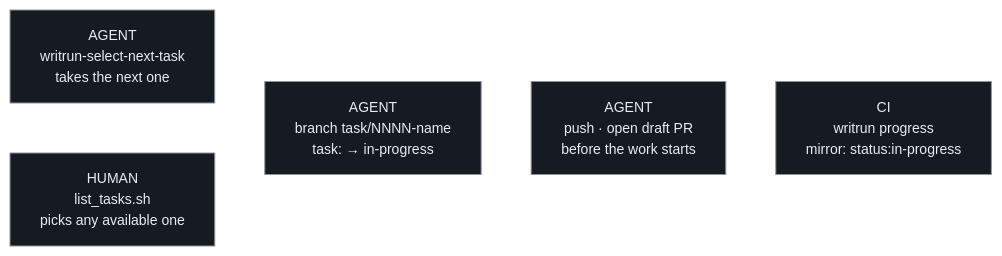
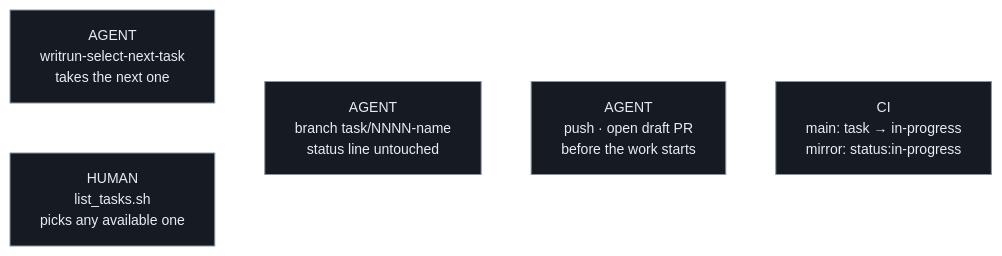
Before and after one commit to thomasfranke/writrun: the diagram in docs/product/pull-requests/taking.md, drawn with Mermaid. The commit also changed other lines of this file and 20 other files, not shown here.

````diff
--- a/docs/product/pull-requests/taking.md
+++ b/docs/product/pull-requests/taking.md
@@ -34,12 +35,12 @@
 ```mermaid
 %%{init: {'theme':'base','themeVariables':{'background':'#0d1117','primaryColor':'#161b22','primaryTextColor':'#e6edf3','primaryBorderColor':'#8b949e','lineColor':'#ffffff','secondaryColor':'#161b22','tertiaryColor':'#161b22','fontSize':'14px'}}}%%
 flowchart LR
     A1["AGENT<br/>writrun-select-next-task<br/>takes the next one"]
     A2["HUMAN<br/>list_tasks.sh<br/>picks any available one"]
-    B["AGENT<br/>branch task/NNNN-name<br/>task: → in-progress"]
+    B["AGENT<br/>branch task/NNNN-name<br/>status line untouched"]
     C["AGENT<br/>push · open draft PR<br/>before the work starts"]
-    D["CI<br/>writrun progress<br/>mirror: status:in-progress"]
+    D["CI<br/>main: task → in-progress<br/>mirror: status:in-progress"]
     A1 --> B
     A2 --> B
     B --> C --> D
 ```
````
